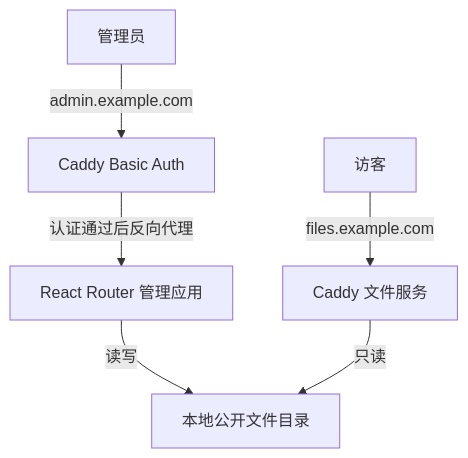
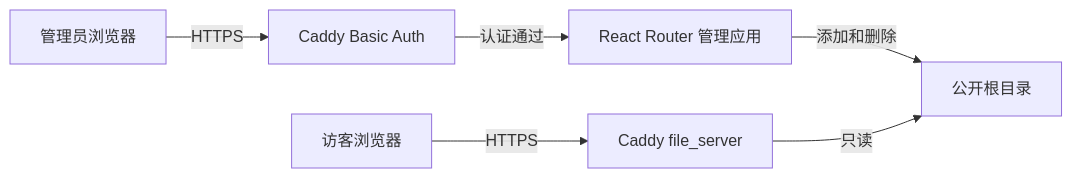
Before and after one commit to qw0er/ShareBox: the diagram in docs/architecture.md, drawn with Mermaid. The commit also changed other lines of this file and 3 other files, not shown here.

````diff
--- a/docs/architecture.md
+++ b/docs/architecture.md
@@ -15,8 +9,8 @@
 ```mermaid
-flowchart TD
-    Admin[管理员] -->|admin.example.com| Auth[Caddy Basic Auth]
-    Auth -->|认证通过后反向代理| App[React Router 管理应用]
-    App -->|读写| Files[本地公开文件目录]
-    Visitor[访客] -->|files.example.com| Public[Caddy 文件服务]
+flowchart LR
+    Admin[管理员浏览器] -->|HTTPS| Auth[Caddy Basic Auth]
+    Auth -->|认证通过| App[React Router 管理应用]
+    App -->|添加和删除| Files[公开根目录]
+    Visitor[访客浏览器] -->|HTTPS| Public[Caddy file_server]
     Public -->|只读| Files
 ```
````
